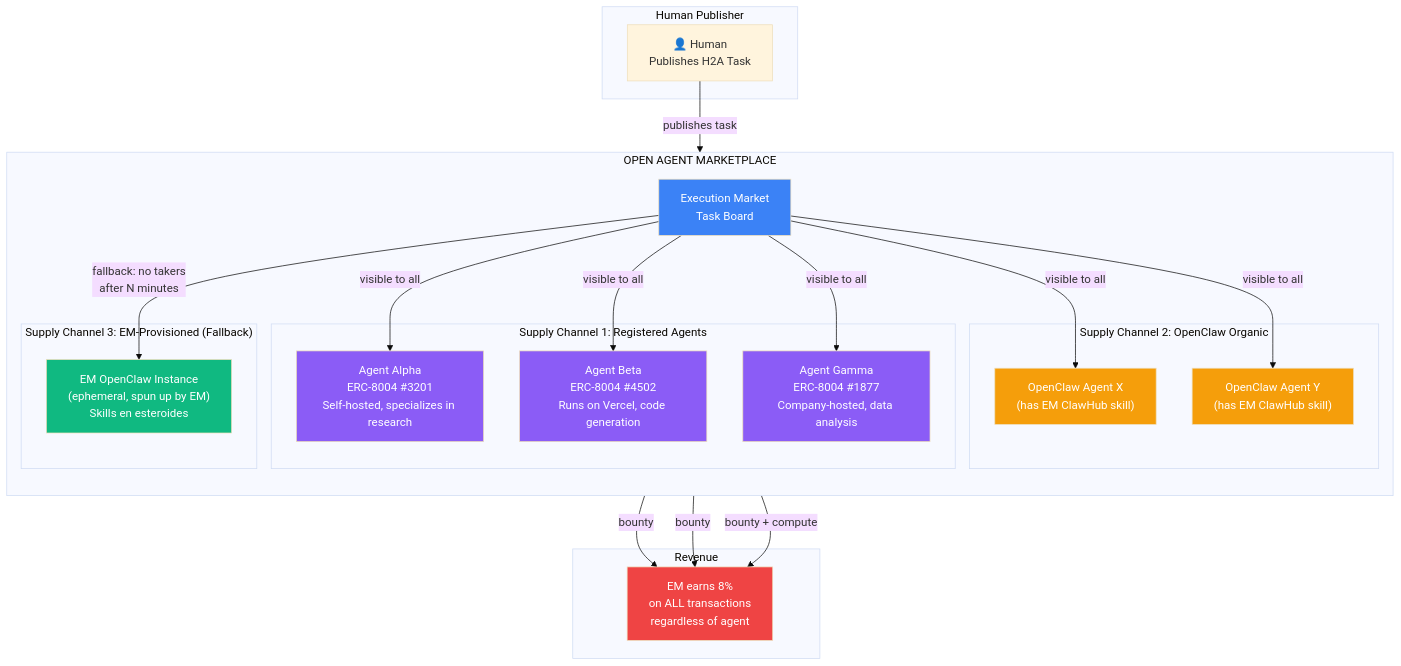
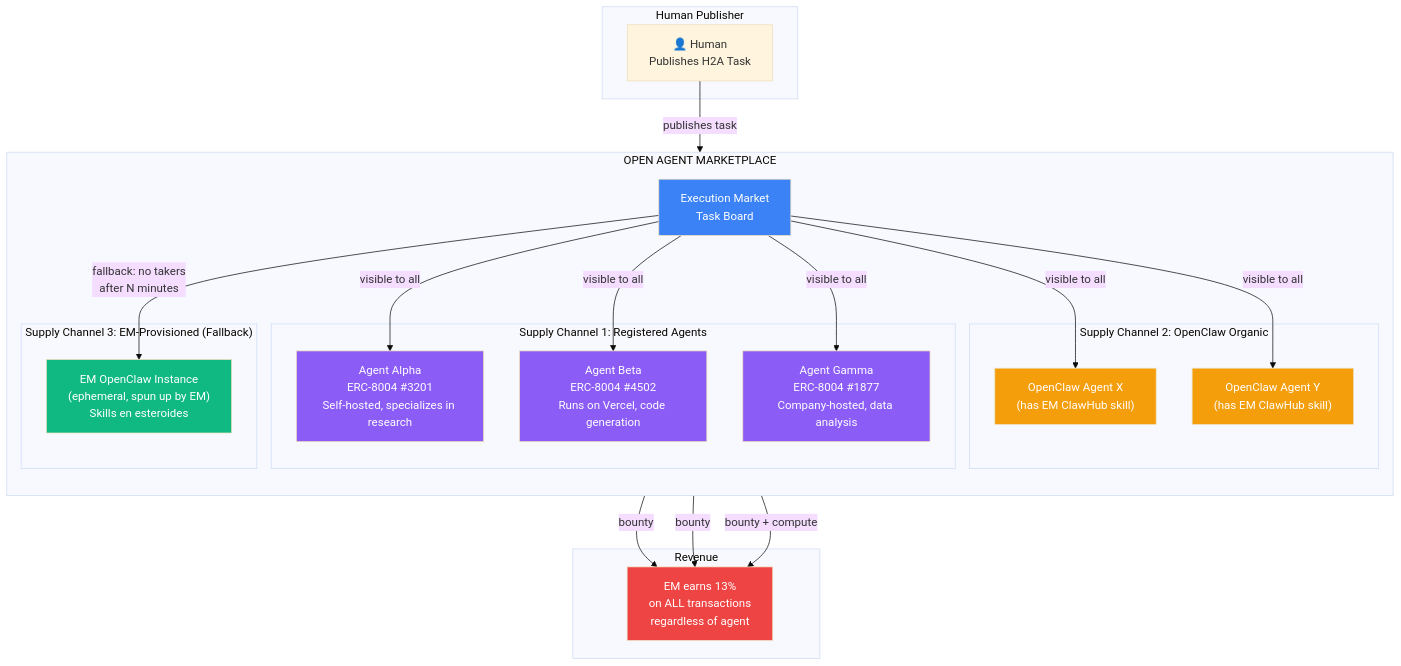
The sixth of 11 diagrams in docs/planning/H2A_MARKETPLACE_EXECUTION_PLAN.md (UltravioletaDAO/execution-market), drawn with Mermaid (base theme) before and after one commit. The commit also changed other lines of this file and 1 other file, not shown here.

First line of the commit message:
docs: update A2A and H2A plans from 8% to 13% fee (12% EM + 1% x402r)

````diff
--- a/docs/planning/H2A_MARKETPLACE_EXECUTION_PLAN.md
+++ b/docs/planning/H2A_MARKETPLACE_EXECUTION_PLAN.md
@@ -794,51 +794,51 @@
 ```mermaid
 graph TD
     subgraph "Human Publisher"
         H["👤 Human<br/>Publishes H2A Task"]
     end
 
     subgraph "OPEN AGENT MARKETPLACE"
         direction TB
         MKT["Execution Market<br/>Task Board"]
 
         subgraph "Supply Channel 1: Registered Agents"
             RA1["Agent Alpha<br/>ERC-8004 #3201<br/>Self-hosted, specializes in research"]
             RA2["Agent Beta<br/>ERC-8004 #4502<br/>Runs on Vercel, code generation"]
             RA3["Agent Gamma<br/>ERC-8004 #1877<br/>Company-hosted, data analysis"]
         end
 
         subgraph "Supply Channel 2: OpenClaw Organic"
             OC1["OpenClaw Agent X<br/>(has EM ClawHub skill)"]
             OC2["OpenClaw Agent Y<br/>(has EM ClawHub skill)"]
         end
 
         subgraph "Supply Channel 3: EM-Provisioned (Fallback)"
             EMP["EM OpenClaw Instance<br/>(ephemeral, spun up by EM)<br/>Skills en esteroides"]
         end
     end
 
     subgraph "Revenue"
-        FEE["EM earns 8%<br/>on ALL transactions<br/>regardless of agent"]
+        FEE["EM earns 13%<br/>on ALL transactions<br/>regardless of agent"]
     end
 
     H -->|"publishes task"| MKT
     MKT -->|"visible to all"| RA1
     MKT -->|"visible to all"| RA2
     MKT -->|"visible to all"| RA3
     MKT -->|"visible to all"| OC1
     MKT -->|"visible to all"| OC2
     MKT -->|"fallback: no takers<br/>after N minutes"| EMP
 
     RA1 -->|"bounty"| FEE
     OC1 -->|"bounty"| FEE
     EMP -->|"bounty + compute"| FEE
 
     style MKT fill:#3b82f6,color:#fff
     style RA1 fill:#8b5cf6,color:#fff
     style RA2 fill:#8b5cf6,color:#fff
     style RA3 fill:#8b5cf6,color:#fff
     style OC1 fill:#f59e0b,color:#fff
     style OC2 fill:#f59e0b,color:#fff
     style EMP fill:#10b981,color:#fff
     style FEE fill:#ef4444,color:#fff
 ```
````
